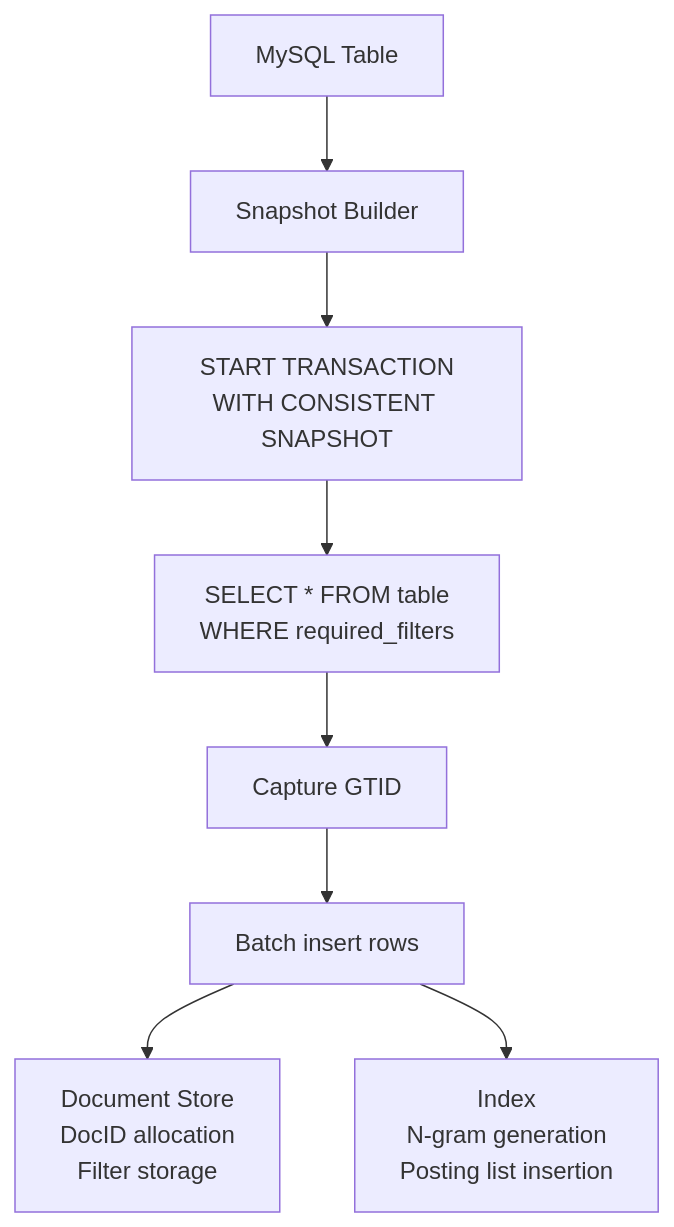
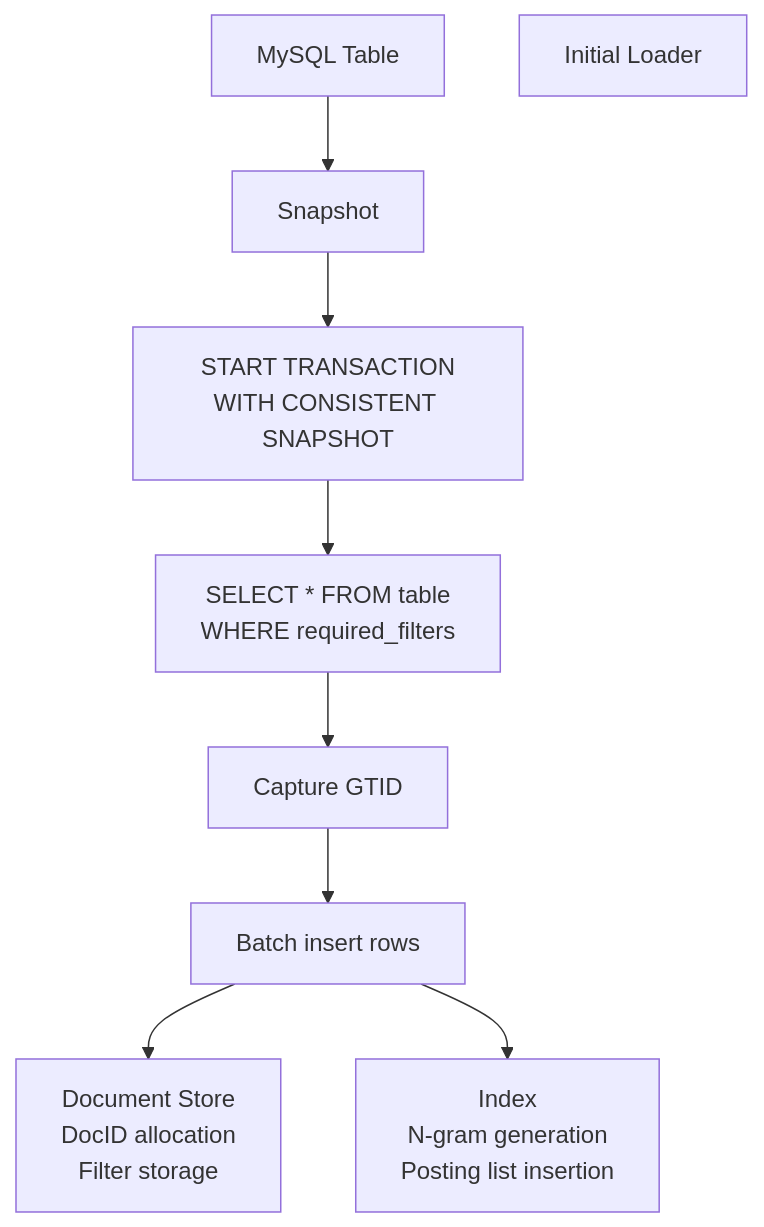
Before and after one commit to libraz/mygram-db: the second of 8 diagrams in docs/en/architecture.md, drawn with Mermaid. The commit also changed other lines of this file and 63 other files, not shown here.

````diff
--- a/docs/en/architecture.md
+++ b/docs/en/architecture.md
@@ -488,19 +492,19 @@
 ```mermaid
 flowchart TD
     MySQL[MySQL Table]
-    Snapshot[Snapshot Builder]
+    Loader[Initial Loader]
     Start[START TRANSACTION<br/>WITH CONSISTENT SNAPSHOT]
     Select[SELECT * FROM table<br/>WHERE required_filters]
     GTID[Capture GTID]
     Batch[Batch insert rows]
     DocStore[Document Store<br/>DocID allocation<br/>Filter storage]
     Index[Index<br/>N-gram generation<br/>Posting list insertion]
 
     MySQL --> Snapshot
     Snapshot --> Start
     Start --> Select
     Select --> GTID
     GTID --> Batch
     Batch --> DocStore
     Batch --> Index
 ```
````
